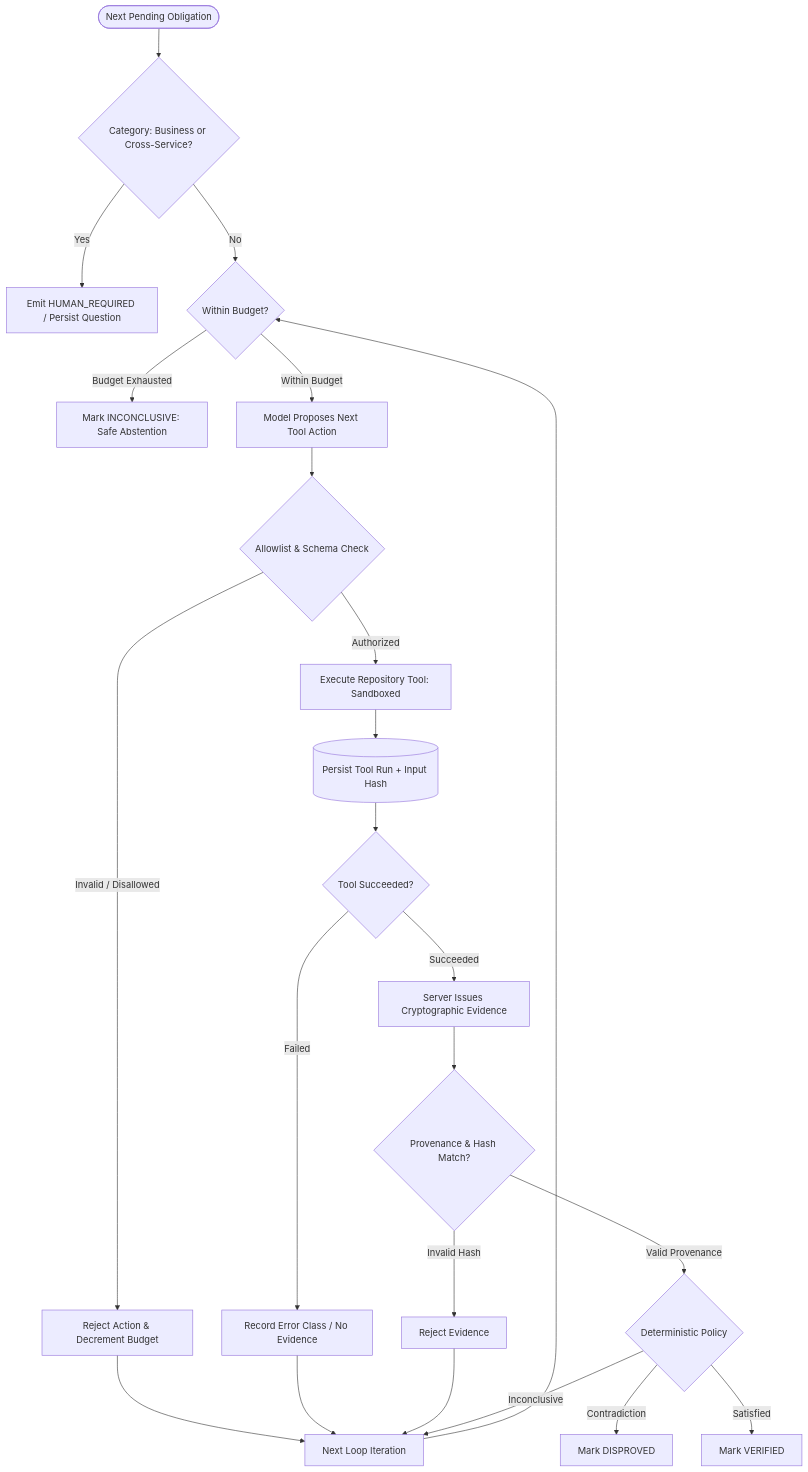
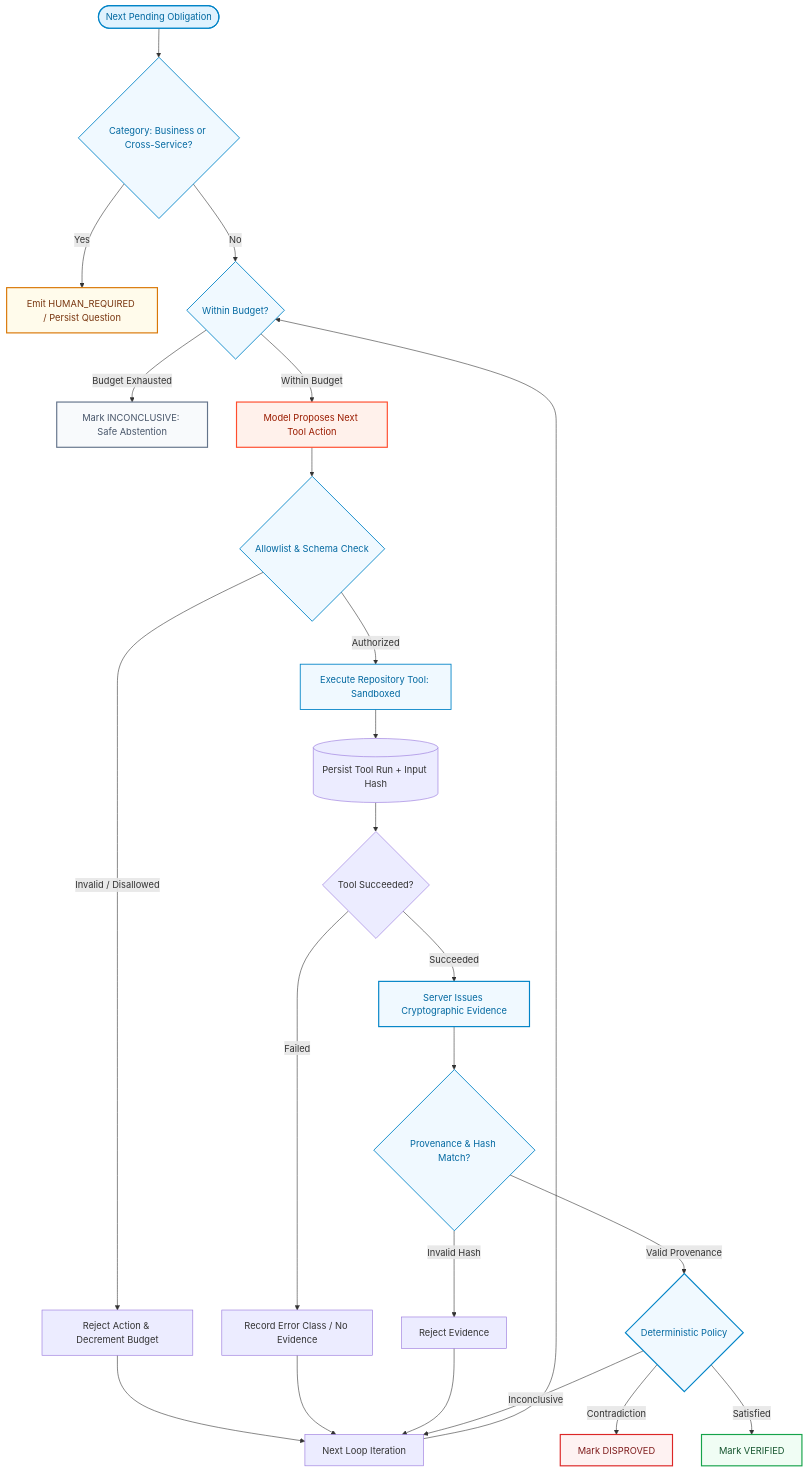
The second of 4 diagrams in README.md (NikhilRaikwar/PlanProof), drawn with Mermaid before and after one commit. The commit also changed other lines of this file and 3 other files, not shown here.

Commit message:
docs(readme): polish portfolio presentation, center branding, and enhance architecture diagrams

````diff
--- a/README.md
+++ b/README.md
@@ -164,32 +190,46 @@
 ```mermaid
 flowchart TD
   Start([Next Pending Obligation]) --> CheckCat{Category: Business or Cross-Service?}
   CheckCat -->|Yes| HumanState[Emit HUMAN_REQUIRED / Persist Question]
   CheckCat -->|No| CheckBudget{Within Budget?}
 
   CheckBudget -->|Budget Exhausted| InconclusiveState[Mark INCONCLUSIVE: Safe Abstention]
   CheckBudget -->|Within Budget| LLMAction[Model Proposes Next Tool Action]
 
   LLMAction --> SchemaValidate{Allowlist & Schema Check}
   SchemaValidate -->|Invalid / Disallowed| Replan[Reject Action & Decrement Budget]
   Replan --> BoundedLoop[Next Loop Iteration]
   BoundedLoop --> CheckBudget
 
   SchemaValidate -->|Authorized| ExecuteTool[Execute Repository Tool: Sandboxed]
   ExecuteTool --> RecordToolRun[(Persist Tool Run + Input Hash)]
 
   RecordToolRun --> CheckToolStatus{Tool Succeeded?}
   CheckToolStatus -->|Failed| ToolFailEvent[Record Error Class / No Evidence]
   ToolFailEvent --> BoundedLoop
 
   CheckToolStatus -->|Succeeded| IssueEvidence[Server Issues Cryptographic Evidence]
   IssueEvidence --> ValidateProvenance{Provenance & Hash Match?}
 
   ValidateProvenance -->|Invalid Hash| DropEvidence[Reject Evidence]
   DropEvidence --> BoundedLoop
 
   ValidateProvenance -->|Valid Provenance| ApplyPolicy{Deterministic Policy}
   ApplyPolicy -->|Contradiction| Disproved[Mark DISPROVED]
   ApplyPolicy -->|Satisfied| Verified[Mark VERIFIED]
   ApplyPolicy -->|Inconclusive| BoundedLoop
+
+  style Start fill:#e0f2fe,stroke:#0284c7,stroke-width:2px,color:#0369a1
+  style LLMAction fill:#fff1eb,stroke:#ff4d2e,stroke-width:2px,color:#9a1c00
+  style CheckCat fill:#f0f9ff,stroke:#0284c7,stroke-width:1.5px,color:#0369a1
+  style CheckBudget fill:#f0f9ff,stroke:#0284c7,stroke-width:1.5px,color:#0369a1
+  style SchemaValidate fill:#f0f9ff,stroke:#0284c7,stroke-width:1.5px,color:#0369a1
+  style ExecuteTool fill:#f0f9ff,stroke:#0284c7,stroke-width:1.5px,color:#0369a1
+  style IssueEvidence fill:#f0f9ff,stroke:#0284c7,stroke-width:2px,color:#0369a1
+  style ValidateProvenance fill:#f0f9ff,stroke:#0284c7,stroke-width:1.5px,color:#0369a1
+  style ApplyPolicy fill:#f0f9ff,stroke:#0284c7,stroke-width:2px,color:#0369a1
+  style HumanState fill:#fffbeb,stroke:#d97706,stroke-width:2px,color:#78350f
+  style Disproved fill:#fef2f2,stroke:#dc2626,stroke-width:2px,color:#7f1d1d
+  style Verified fill:#f0fdf4,stroke:#16a34a,stroke-width:2px,color:#14532d
+  style InconclusiveState fill:#f8fafc,stroke:#64748b,stroke-width:2px,color:#475569
 ```
````
